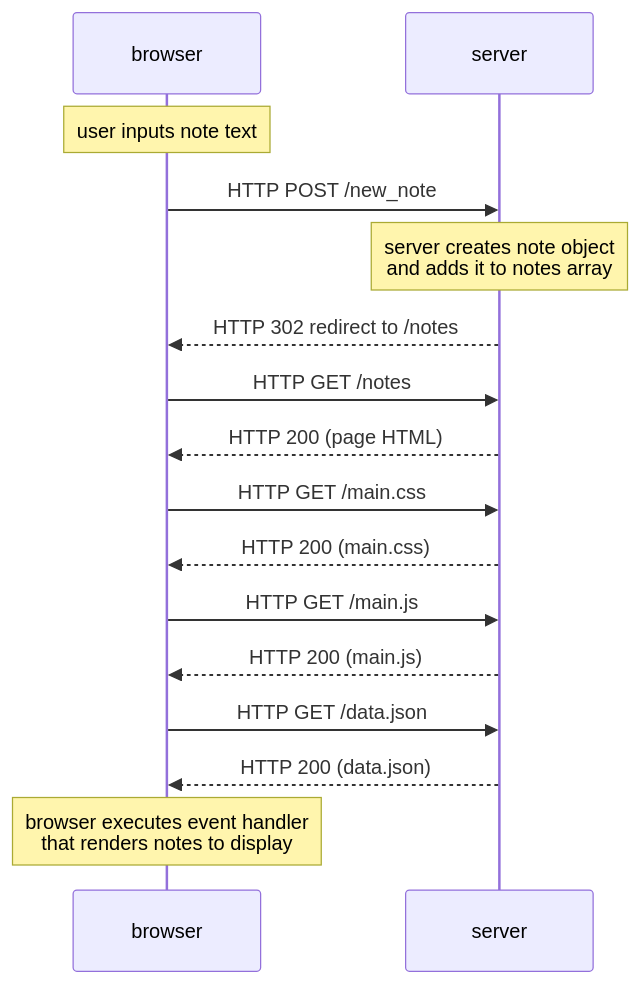
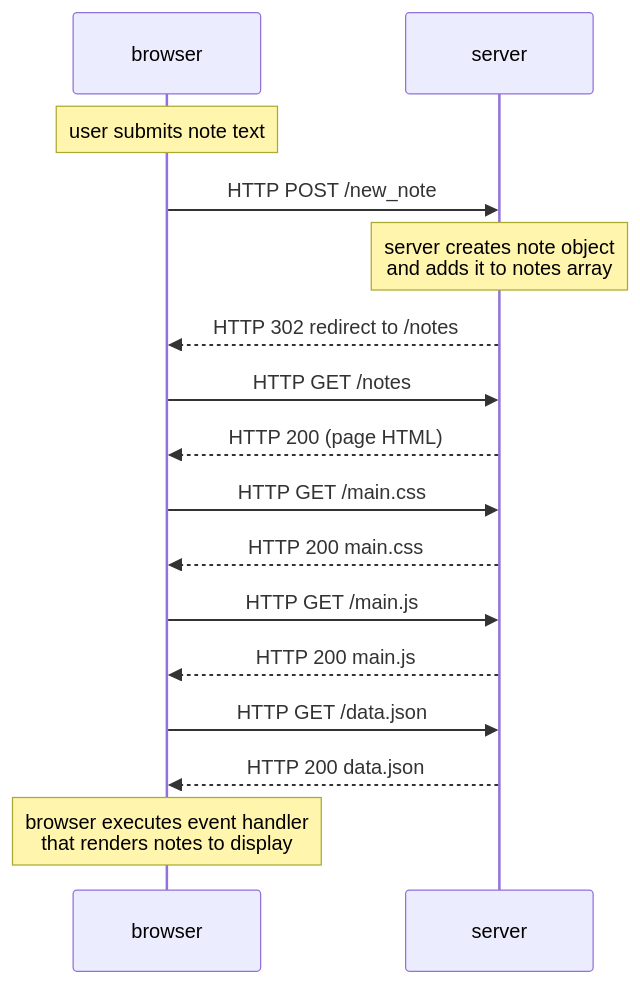
Before and after one commit to wiigg/helsinki-fso: the diagram in part0/newnote.md, drawn with Mermaid. The commit also changed 2 other files, not shown here.

Commit message:
Complete part 0

````diff
--- a/part0/newnote.md
+++ b/part0/newnote.md
@@ -1,16 +1,16 @@
 ```mermaid
 sequenceDiagram
-note over browser: user inputs note text
+note over browser: user submits note text
 browser->>server: HTTP POST /new_note
 note over server: server creates note object <br /> and adds it to notes array
 server-->>browser: HTTP 302 redirect to /notes
 browser->>server: HTTP GET /notes
 server-->>browser: HTTP 200 (page HTML)
 browser->>server: HTTP GET /main.css
-server-->>browser: HTTP 200 (main.css)
+server-->>browser: HTTP 200 main.css
 browser->>server: HTTP GET /main.js
-server-->>browser: HTTP 200 (main.js)
+server-->>browser: HTTP 200 main.js
 browser->>server: HTTP GET /data.json
-server-->>browser: HTTP 200 (data.json)
+server-->>browser: HTTP 200 data.json
 note over browser: browser executes event handler <br /> that renders notes to display
 ```
````
